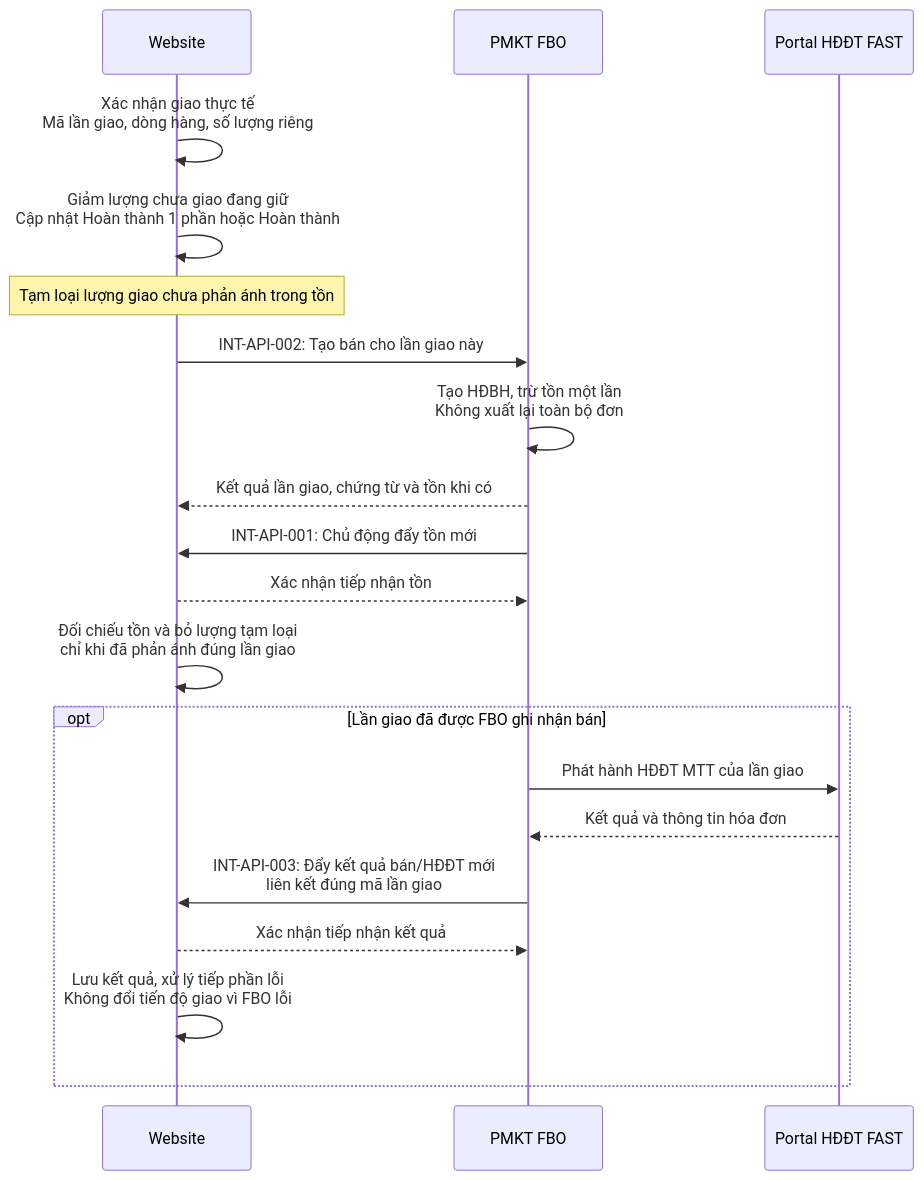
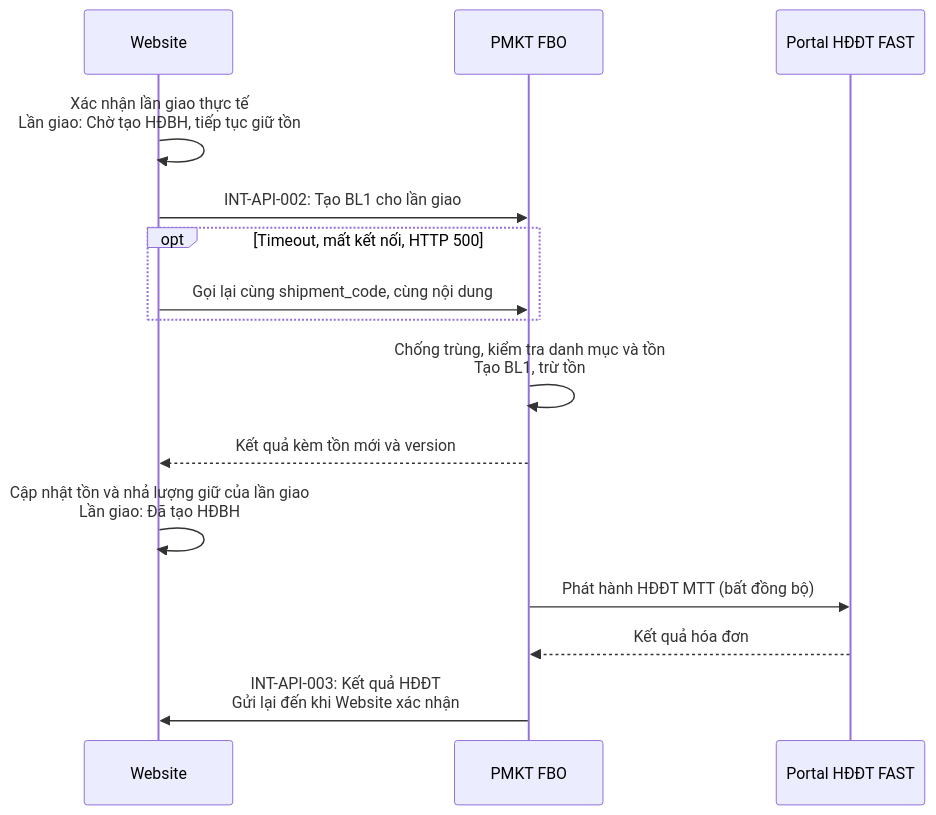
The first of 2 diagrams in 01.Ket_noi_website_1/docs/PhuongThao_YeuCau_GiaiPhap_API.md (quangnh0609/PhuongThao), drawn with Mermaid before and after one commit. The commit also changed other lines of this file and 7 other files, not shown here.

````diff
--- a/01.Ket_noi_website_1/docs/PhuongThao_YeuCau_GiaiPhap_API.md
+++ b/01.Ket_noi_website_1/docs/PhuongThao_YeuCau_GiaiPhap_API.md
@@ -69,22 +58,17 @@
 ```mermaid
 sequenceDiagram
     participant WEB as Website
     participant FBO as PMKT FBO
     participant PORTAL as Portal HĐĐT FAST
-    WEB->>WEB: Xác nhận giao thực tế<br/>Mã lần giao, dòng hàng, số lượng riêng
-    WEB->>WEB: Giảm lượng chưa giao đang giữ<br/>Cập nhật Hoàn thành 1 phần hoặc Hoàn thành
-    Note over WEB: Tạm loại lượng giao chưa phản ánh trong tồn
-    WEB->>FBO: INT-API-002: Tạo bán cho lần giao này
-    FBO->>FBO: Tạo HĐBH, trừ tồn một lần<br/>Không xuất lại toàn bộ đơn
-    FBO-->>WEB: Kết quả lần giao, chứng từ và tồn khi có
-    FBO->>WEB: INT-API-001: Chủ động đẩy tồn mới
-    WEB-->>FBO: Xác nhận tiếp nhận tồn
-    WEB->>WEB: Đối chiếu tồn và bỏ lượng tạm loại<br/>chỉ khi đã phản ánh đúng lần giao
-    opt Lần giao đã được FBO ghi nhận bán
-        FBO->>PORTAL: Phát hành HĐĐT MTT của lần giao
-        PORTAL-->>FBO: Kết quả và thông tin hóa đơn
-        FBO->>WEB: INT-API-003: Đẩy kết quả bán/HĐĐT mới<br/>liên kết đúng mã lần giao
-        WEB-->>FBO: Xác nhận tiếp nhận kết quả
-        WEB->>WEB: Lưu kết quả, xử lý tiếp phần lỗi<br/>Không đổi tiến độ giao vì FBO lỗi
+    WEB->>WEB: Xác nhận lần giao thực tế<br/>Lần giao: Chờ tạo HĐBH, tiếp tục giữ tồn
+    WEB->>FBO: INT-API-002: Tạo BL1 cho lần giao
+    opt Timeout, mất kết nối, HTTP 500
+        WEB->>FBO: Gọi lại cùng shipment_code, cùng nội dung
     end
+    FBO->>FBO: Chống trùng, kiểm tra danh mục và tồn<br/>Tạo BL1, trừ tồn
+    FBO-->>WEB: Kết quả kèm tồn mới và version
+    WEB->>WEB: Cập nhật tồn và nhả lượng giữ của lần giao<br/>Lần giao: Đã tạo HĐBH
+    FBO->>PORTAL: Phát hành HĐĐT MTT (bất đồng bộ)
+    PORTAL-->>FBO: Kết quả hóa đơn
+    FBO->>WEB: INT-API-003: Kết quả HĐĐT<br/>Gửi lại đến khi Website xác nhận
 ```
````
